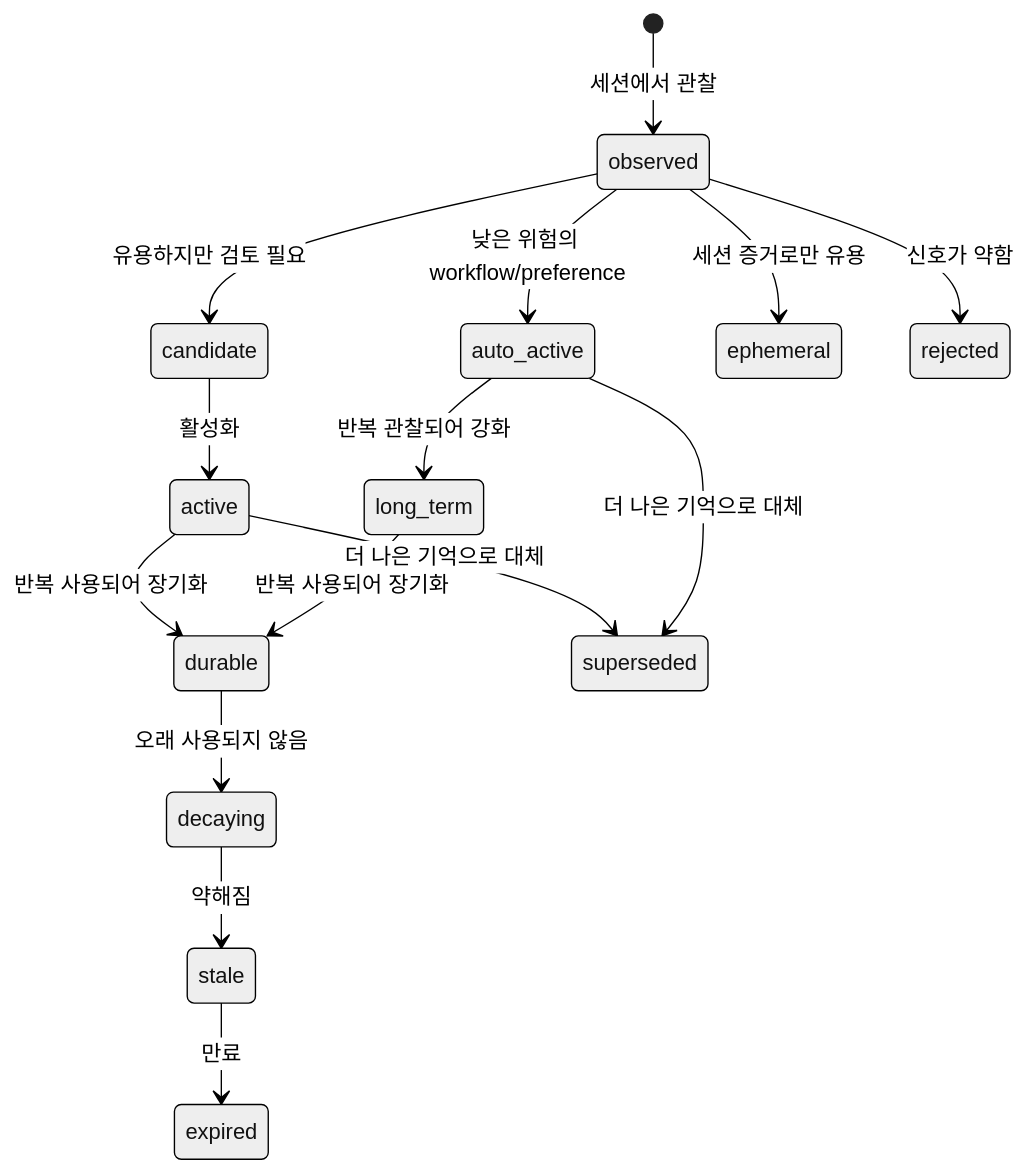
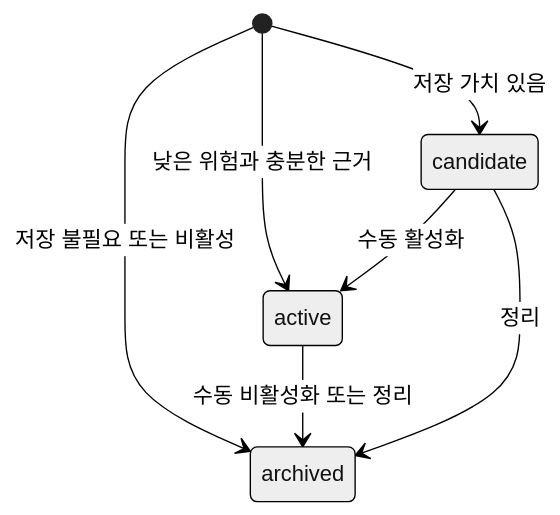
Before and after one commit to lteawoo/MemAssist: the third of 8 diagrams in README.md, drawn with Mermaid (neutral theme). The commit also changed other lines of this file and 22 other files, not shown here.

````diff
--- a/README.md
+++ b/README.md
@@ -164,19 +164,9 @@
 ```mermaid
 stateDiagram-v2
-    [*] --> observed: 세션에서 관찰
-    observed --> auto_active: 낮은 위험의 workflow/preference
-    observed --> candidate: 유용하지만 검토 필요
-    observed --> ephemeral: 세션 증거로만 유용
-    observed --> rejected: 신호가 약함
-
-    candidate --> active: 활성화
-    auto_active --> long_term: 반복 관찰되어 강화
-    active --> durable: 반복 사용되어 장기화
-    long_term --> durable: 반복 사용되어 장기화
-
-    durable --> decaying: 오래 사용되지 않음
-    decaying --> stale: 약해짐
-    stale --> expired: 만료
-    active --> superseded: 더 나은 기억으로 대체
-    auto_active --> superseded: 더 나은 기억으로 대체
+    [*] --> candidate: 저장 가치 있음
+    [*] --> active: 낮은 위험과 충분한 근거
+    [*] --> archived: 저장 불필요 또는 비활성
+    candidate --> active: 수동 활성화
+    active --> archived: 수동 비활성화 또는 정리
+    candidate --> archived: 정리
 ```
````
